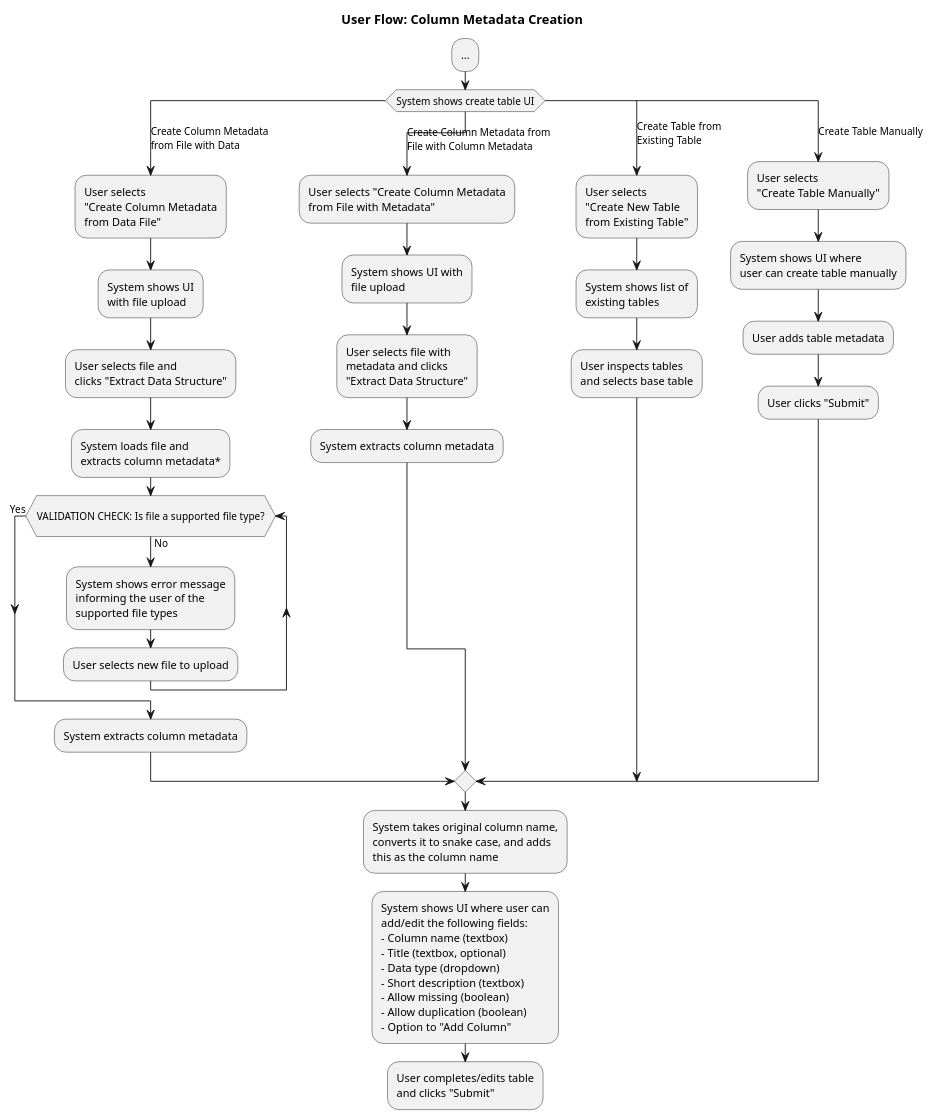
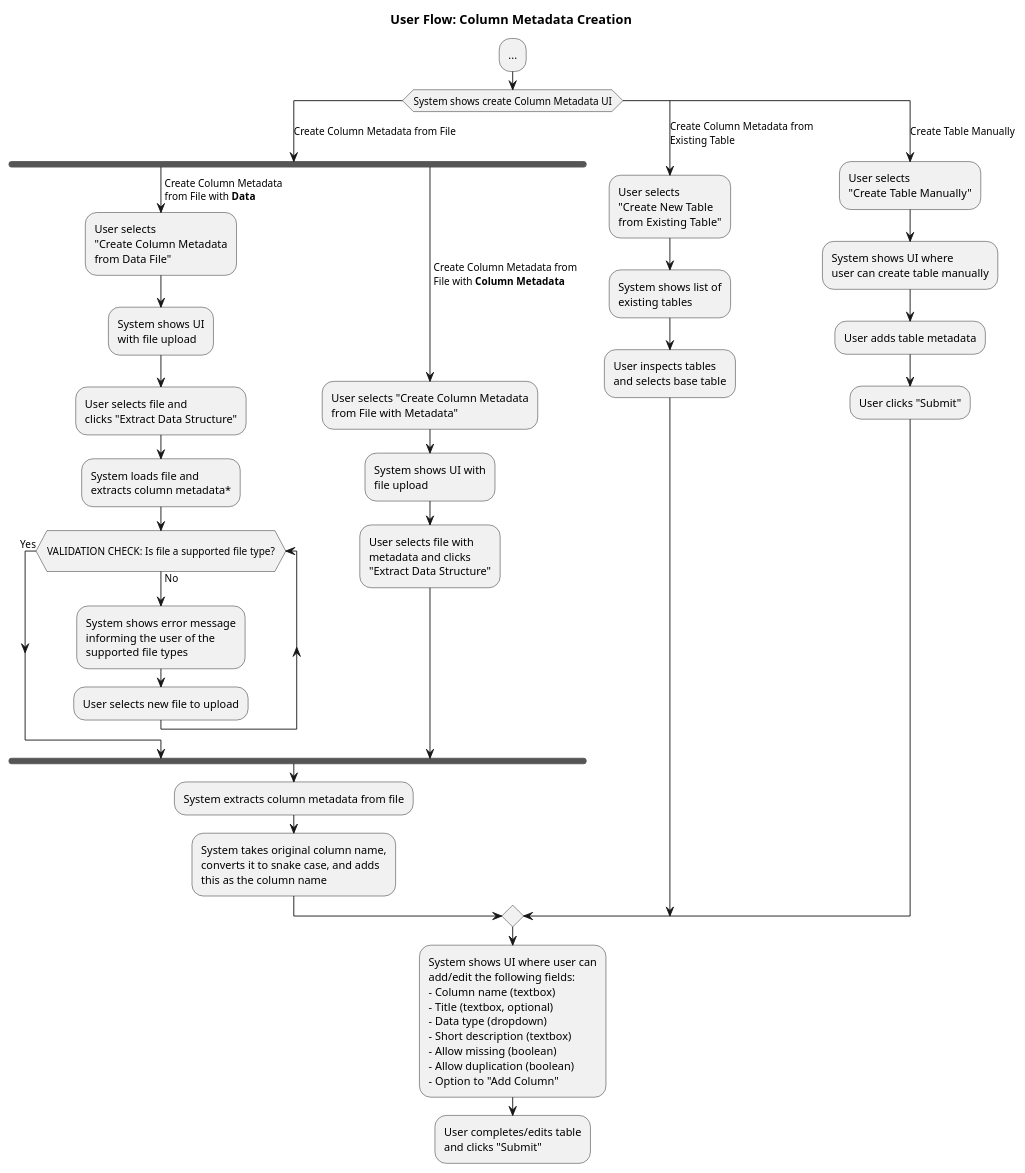
Before and after one commit to signekb/seedcase-sprout: the diagram in docs/design/images/user-flow-column-metadata-creation.puml, drawn with PlantUML.

Commit message:
docs: update based on user-flow.puml

```diff
--- a/docs/design/images/user-flow-column-metadata-creation.puml
+++ b/docs/design/images/user-flow-column-metadata-creation.puml
@@ -1,68 +1,71 @@
 @startuml user-flow-column-metadata-creation
 
 title User Flow: Column Metadata Creation
 
 :...;
 'copied from user-flow.puml start
 'column metadata creation start
-  switch (System shows create table UI)
-    case (Create Column Metadata\nfrom File with Data)
+  switch (System shows create Column Metadata UI)
+    case (Create Column Metadata from File)
+    fork
+      -> Create Column Metadata\nfrom File with **Data**;
       :User selects
       "Create Column Metadata
       from Data File";
       :System shows UI
       with file upload;
       :User selects file and
       clicks "Extract Data Structure";
       :System loads file and
       extracts column metadata*;
     while (\nVALIDATION CHECK: Is file a supported file type?\n) is (No)
       :System shows error message
       informing the user of the 
       supported file types;
       :User selects new file to upload;
     end while (Yes)
-    :System extracts column metadata;
-    case (Create Column Metadata from \nFile with Column Metadata)
+    fork again
+      -> Create Column Metadata from\nFile with **Column Metadata**;
       :User selects "Create Column Metadata
       from File with Metadata";
       :System shows UI with
       file upload;
       :User selects file with
       metadata and clicks 
       "Extract Data Structure";
-      :System extracts column metadata;
-    case (Create Table from\nExisting Table)
+    end fork
+      :System extracts column metadata from file;
+      :System takes original column name,
+      converts it to snake case, and adds
+      this as the column name;
+    case (Create Column Metadata from\nExisting Table)
       :User selects
       "Create New Table
       from Existing Table";
       :System shows list of
       existing tables;
       :User inspects tables
       and selects base table;
     case (Create Table Manually)
       :User selects
       "Create Table Manually";
       :System shows UI where
       user can create table manually;
       :User adds table metadata;
       :User clicks "Submit";
     endswitch
-    :System takes original column name,
-    converts it to snake case, and adds
-    this as the column name;
     :System shows UI where user can 
     add/edit the following fields:
     - Column name (textbox)
     - Title (textbox, optional)
     - Data type (dropdown)
     - Short description (textbox)
     - Allow missing (boolean) 
     - Allow duplication (boolean)
     - Option to "Add Column";
     :User completes/edits table
     and clicks "Submit";
 'column metadata creation end
 'copied from user-flow.puml end
 
 @enduml
```
